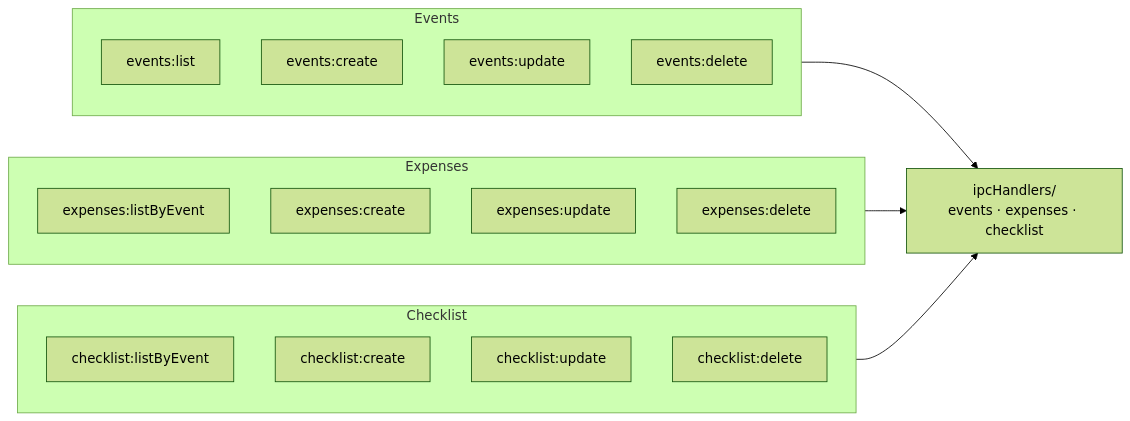
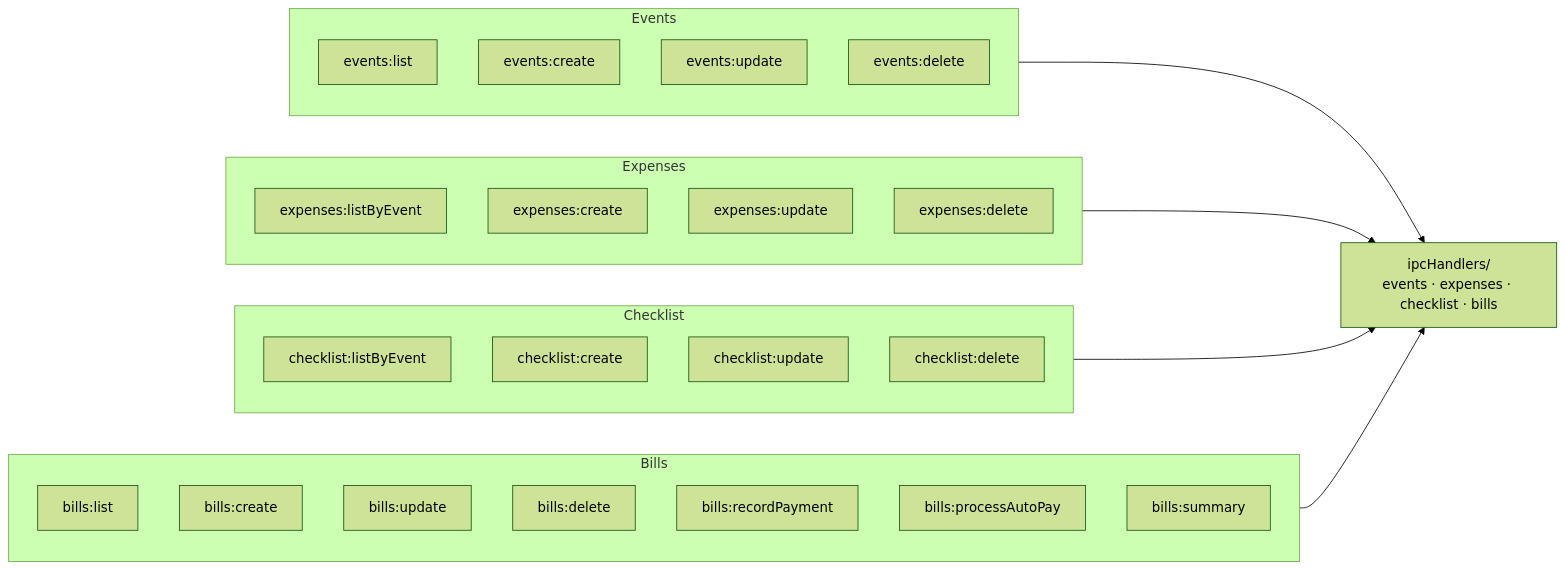
Before and after one commit to BenMob/Planit: the third of 7 diagrams in ARCHITECTURE.md, drawn with Mermaid (forest theme). The commit also changed other lines of this file and 21 other files, not shown here.

````diff
--- a/ARCHITECTURE.md
+++ b/ARCHITECTURE.md
@@ -77,28 +77,39 @@
 ```mermaid
 flowchart LR
   subgraph Events
     E1["events:list"]
     E2["events:create"]
     E3["events:update"]
     E4["events:delete"]
   end
 
   subgraph Expenses
     X1["expenses:listByEvent"]
     X2["expenses:create"]
     X3["expenses:update"]
     X4["expenses:delete"]
   end
 
   subgraph Checklist
     C1["checklist:listByEvent"]
     C2["checklist:create"]
     C3["checklist:update"]
     C4["checklist:delete"]
   end
 
-  Handlers["ipcHandlers/\nevents · expenses · checklist"]
+  subgraph Bills
+    B1["bills:list"]
+    B2["bills:create"]
+    B3["bills:update"]
+    B4["bills:delete"]
+    B5["bills:recordPayment"]
+    B6["bills:processAutoPay"]
+    B7["bills:summary"]
+  end
+
+  Handlers["ipcHandlers/\nevents · expenses · checklist · bills"]
   Events --> Handlers
   Expenses --> Handlers
   Checklist --> Handlers
+  Bills --> Handlers
 ```
````
